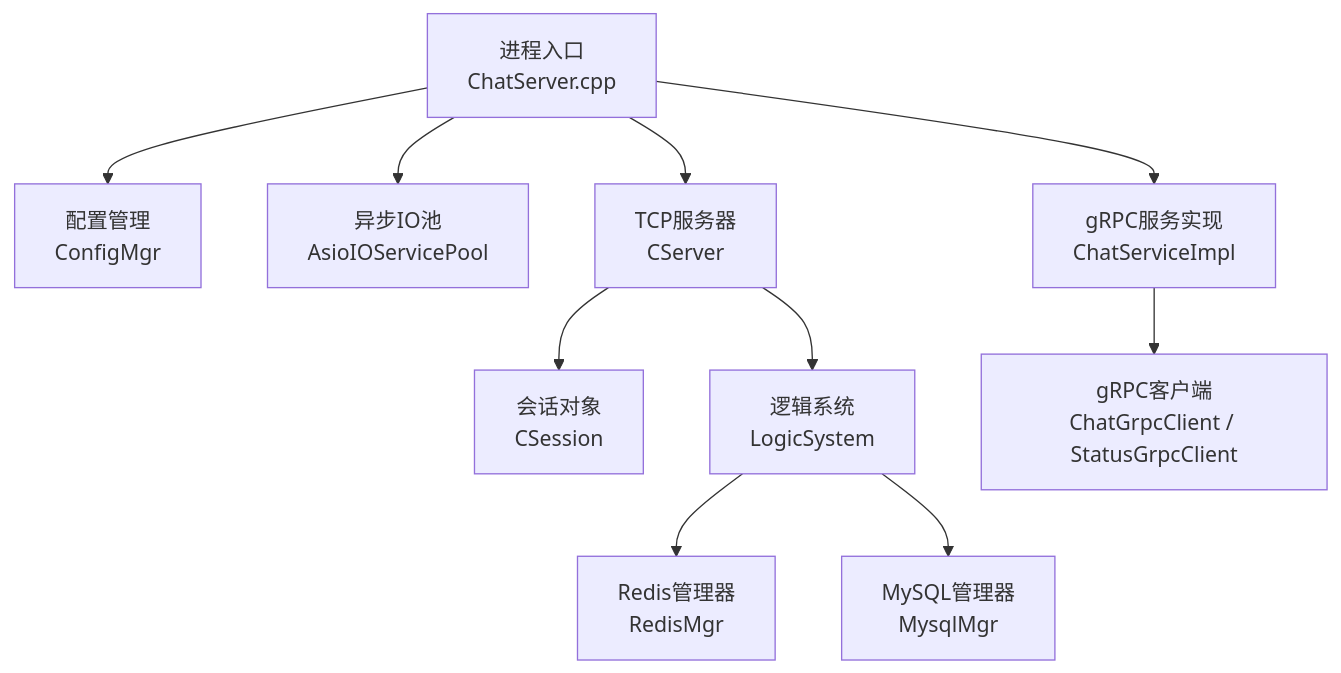
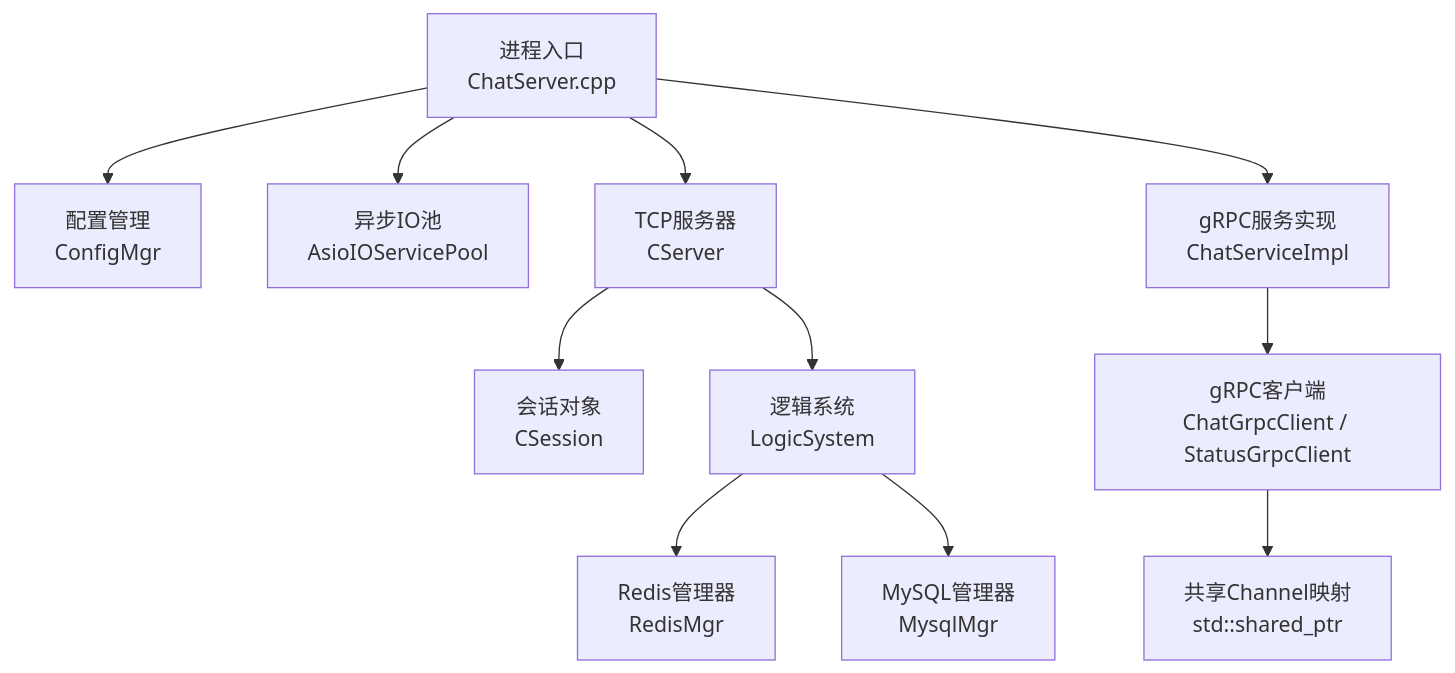
The first of 10 diagrams in .qoder/repowiki/zh/content/服务端开发/ChatServer聊天核心服务/核心服务架构.md (echo9923/mychatter), drawn with Mermaid before and after one commit. The commit also changed other lines of this file and 54 other files, not shown here.

````diff
--- a/.qoder/repowiki/zh/content/服务端开发/ChatServer聊天核心服务/核心服务架构.md
+++ b/.qoder/repowiki/zh/content/服务端开发/ChatServer聊天核心服务/核心服务架构.md
@@ -52,12 +56,13 @@
 ```mermaid
 graph TB
 A["进程入口<br/>ChatServer.cpp"] --> B["配置管理<br/>ConfigMgr"]
 A --> C["异步IO池<br/>AsioIOServicePool"]
 A --> D["TCP服务器<br/>CServer"]
 A --> E["gRPC服务实现<br/>ChatServiceImpl"]
 D --> F["会话对象<br/>CSession"]
 D --> G["逻辑系统<br/>LogicSystem"]
 G --> H["Redis管理器<br/>RedisMgr"]
 G --> I["MySQL管理器<br/>MysqlMgr"]
 E --> J["gRPC客户端<br/>ChatGrpcClient / StatusGrpcClient"]
+J --> K["共享Channel映射<br/>std::shared_ptr<Channel>"]
 ```
````
